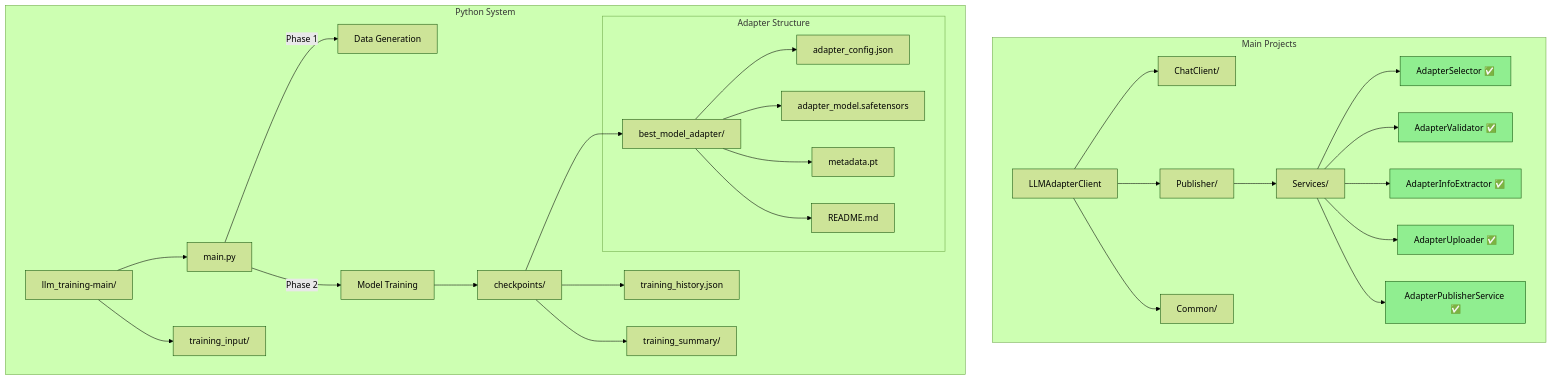
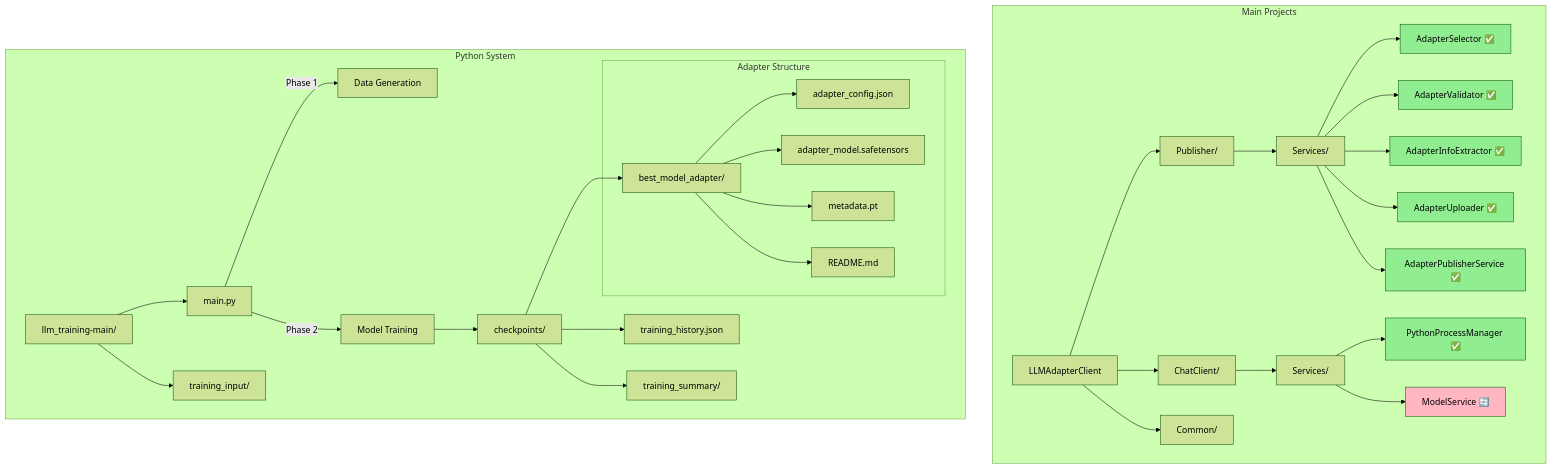
One commit to gsinghjay/LLMAdapterClient changed the fourth of 7 diagrams in STORY.md. Above: the diagram before and after it, drawn with Mermaid (forest theme). The commit also changed other lines of this file, not shown here.

Commit message:
docs(story): update project narrative to include Python Process Manager

````diff
--- a/STORY.md
+++ b/STORY.md
@@ -121,41 +141,47 @@
 ```mermaid
 graph TD
     subgraph "Main Projects"
         A[LLMAdapterClient]
         A --> B[ChatClient/]
         A --> C[Publisher/]
         A --> D[Common/]
         
         C --> S1[Services/]
         S1 --> AS[AdapterSelector ✅]
         S1 --> AV[AdapterValidator ✅]
         S1 --> AE[AdapterInfoExtractor ✅]
         S1 --> AU[AdapterUploader ✅]
         S1 --> AP[AdapterPublisherService ✅]
+        
+        B --> CCServices[Services/]
+        CCServices --> PM[PythonProcessManager ✅]
+        CCServices --> MS[ModelService 🔄]
     end
     
     subgraph "Python System"
         F[llm_training-main/]
         F --> G[main.py]
         F --> T[training_input/]
         G -->|Phase 1| D1[Data Generation]
         G -->|Phase 2| D2[Model Training]
         D2 --> H[checkpoints/]
         H --> I[best_model_adapter/]
         H --> J[training_history.json]
         H --> K[training_summary/]
         
         subgraph "Adapter Structure"
             I --> AC[adapter_config.json]
             I --> AM[adapter_model.safetensors]
             I --> MP[metadata.pt]
             I --> RD[README.md]
         end
     end
     
     style AS fill:#90EE90
     style AV fill:#90EE90
     style AE fill:#90EE90
     style AU fill:#90EE90
     style AP fill:#90EE90
+    style PM fill:#90EE90
+    style MS fill:#FFB6C1
 ```
````
